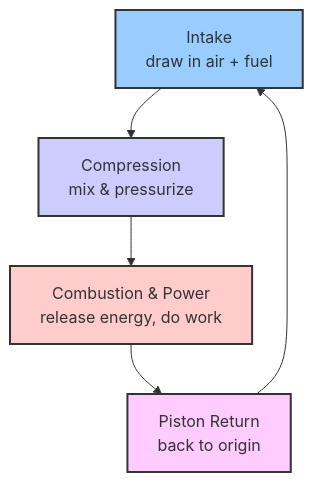
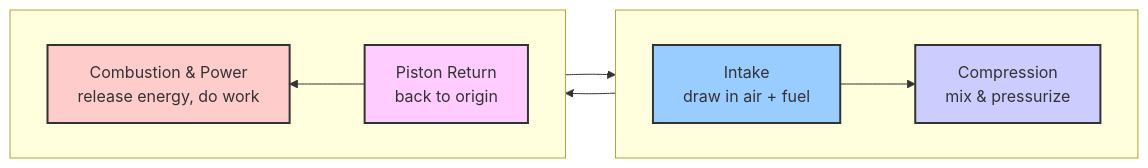
Before and after one commit to pinpawo/pinpawo-agent: the first of 2 diagrams in README.md, drawn with Mermaid. The commit also changed other lines of this file, not shown here.

Commit message:
docs: reshape cycle diagrams into true rectangular loops using subgraph layout

````diff
--- a/README.md
+++ b/README.md
@@ -23,11 +23,17 @@
 ```mermaid
-flowchart TD
-    I["Intake<br/>draw in air + fuel"] --> CP["Compression<br/>mix & pressurize"]
-    CP --> CB["Combustion & Power<br/>release energy, do work"]
-    CB --> PR["Piston Return<br/>back to origin"]
+flowchart LR
+    subgraph TOP [" "]
+        direction LR
+        I["Intake<br/>draw in air + fuel"] --> CP["Compression<br/>mix & pressurize"]
+    end
+    subgraph BOTTOM [" "]
+        direction RL
+        PR["Piston Return<br/>back to origin"] --> CB["Combustion & Power<br/>release energy, do work"]
+    end
+    CP --> CB
     PR --> I
     style I fill:#9cf,stroke:#333,stroke-width:2px
     style CP fill:#ccf,stroke:#333,stroke-width:2px
     style CB fill:#fcc,stroke:#333,stroke-width:2px
     style PR fill:#fcf,stroke:#333,stroke-width:2px
 ```
````
